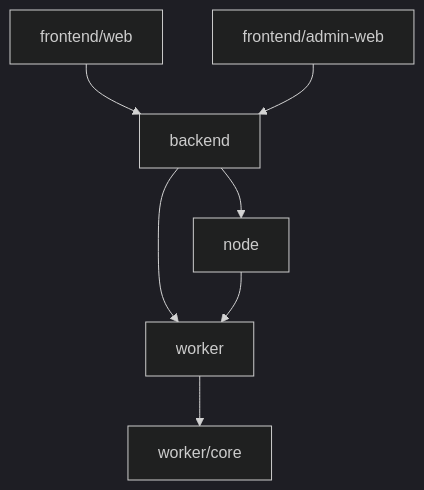
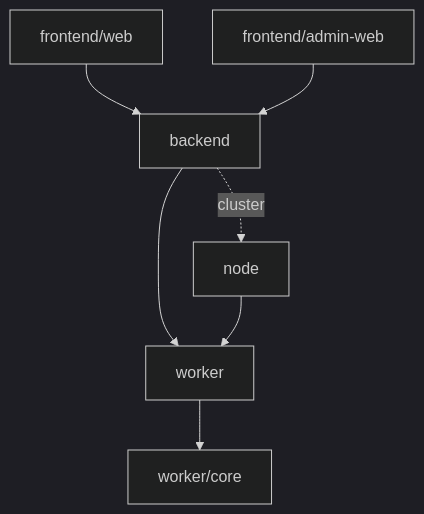
One commit to zzc-101/Kross changed the first of 2 diagrams in docs/technical-overview.md. Above: the diagram before and after it, drawn with Mermaid (dark theme). The commit also changed other lines of this file and 82 other files, not shown here.

````diff
--- a/docs/technical-overview.md
+++ b/docs/technical-overview.md
@@ -12,9 +7,9 @@
 ```mermaid
 flowchart TB
     WEB["frontend/web"] --> BACKEND["backend"]
     ADMIN["frontend/admin-web"] --> BACKEND
     BACKEND --> WORKER["worker"]
-    BACKEND --> NODE["node"]
+    BACKEND -. cluster .-> NODE["node"]
     NODE --> WORKER
     WORKER --> CORE["worker/core"]
 ```
````
